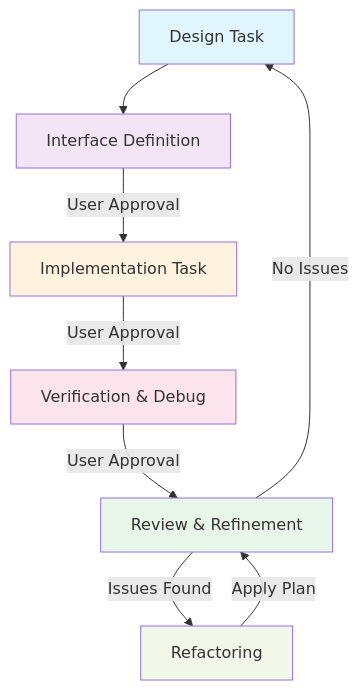
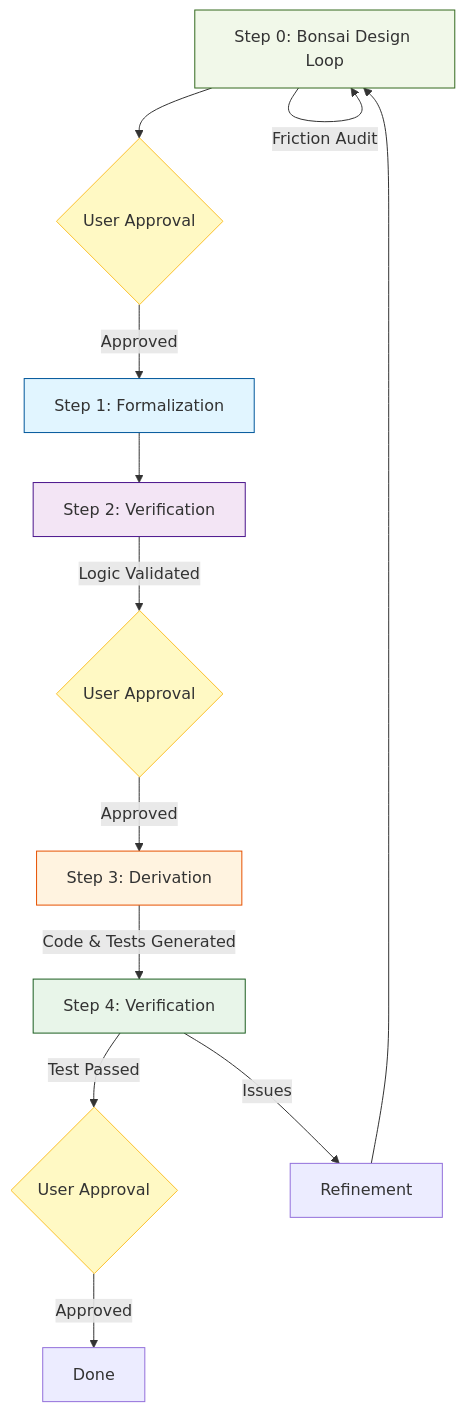
Before and after one commit to kmt-t/fireball: the diagram in .agent/workflows/dev_cycle_run.md, drawn with Mermaid. The commit also changed other lines of this file and 32 other files, not shown here.

````diff
--- a/.agent/workflows/dev_cycle_run.md
+++ b/.agent/workflows/dev_cycle_run.md
@@ -9,17 +9,26 @@
 ```mermaid
 graph TB
-    Design[Design Task] --> Interface[Interface Definition]
-    Interface -->|User Approval| Implementation[Implementation Task]
-    Implementation -->|User Approval| Verification[Verification & Debug]
-    Verification -->|User Approval| Review[Review & Refinement]
-    Review -->|Issues Found| Refactor[Refactoring]
-    Refactor -->|Apply Plan| Review
-    Review -->|No Issues| Design
+    Step0[Step 0: Bonsai Design Loop] --> Gate0{User Approval}
+    Gate0 -->|Approved| Step1[Step 1: Formalization]
+    Step0 -->|Friction Audit| Step0
     
-    style Design fill:#E1F5FF
-    style Interface fill:#F3E5F5
-    style Implementation fill:#FFF3E0
-    style Verification fill:#FCE4EC
-    style Review fill:#E8F5E9
-    style Refactor fill:#F1F8E9
+    Step1 --> Step2[Step 2: Verification]
+    Step2 -->|Logic Validated| Gate2{User Approval}
+    Gate2 -->|Approved| Step3[Step 3: Derivation]
+    
+    Step3 -->|Code & Tests Generated| Step4[Step 4: Verification]
+    Step4 -->|Test Passed| Gate4{User Approval}
+    Gate4 -->|Approved| Done[Done]
+    
+    Step4 -->|Issues| Refine[Refinement]
+    Refine --> Step0
+
+    style Step0 fill:#F1F8E9,stroke:#33691E
+    style Step1 fill:#E1F5FF,stroke:#01579B
+    style Step2 fill:#F3E5F5,stroke:#4A148C
+    style Step3 fill:#FFF3E0,stroke:#E65100
+    style Step4 fill:#E8F5E9,stroke:#1B5E20
+    style Gate0 fill:#FFF9C4,stroke:#FBC02D
+    style Gate2 fill:#FFF9C4,stroke:#FBC02D
+    style Gate4 fill:#FFF9C4,stroke:#FBC02D
 ```
````
